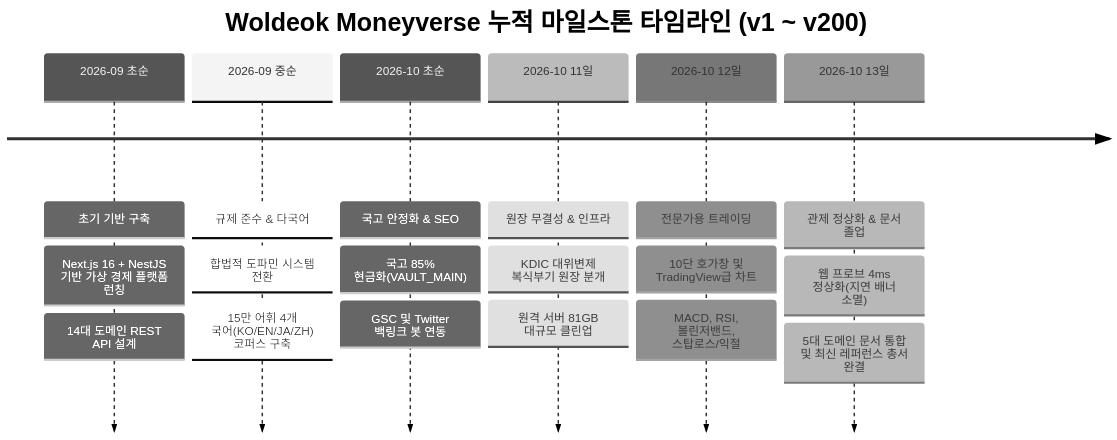
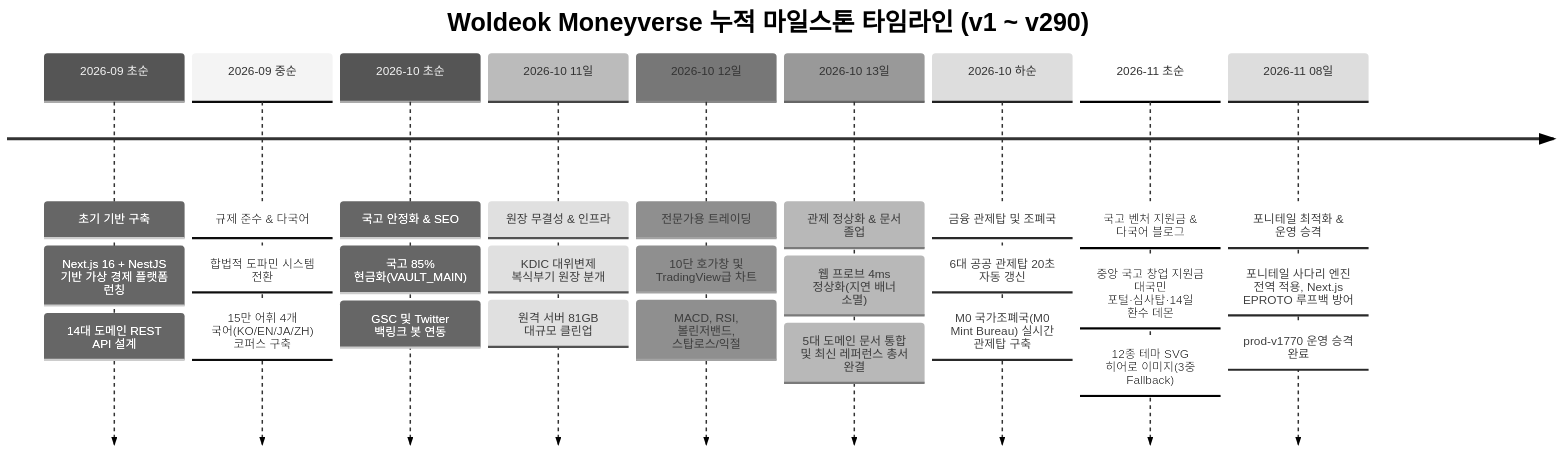
Before and after one commit to wtrdd1-hash/Woldeok-Moneyverse-Migration: the diagram in docs/DEVELOPMENT_STATUS_AND_MASTER_REFERENCE.ko.md, drawn with Mermaid (neutral theme). The commit also changed other lines of this file and 4 other files, not shown here.

````diff
--- a/docs/DEVELOPMENT_STATUS_AND_MASTER_REFERENCE.ko.md
+++ b/docs/DEVELOPMENT_STATUS_AND_MASTER_REFERENCE.ko.md
@@ -32,10 +32,13 @@
 ```mermaid
 timeline
-    title Woldeok Moneyverse 누적 마일스톤 타임라인 (v1 ~ v200)
+    title Woldeok Moneyverse 누적 마일스톤 타임라인 (v1 ~ v290)
     2026-09 초순 : 초기 기반 구축 : Next.js 16 + NestJS 기반 가상 경제 플랫폼 런칭 : 14대 도메인 REST API 설계
     2026-09 중순 : 규제 준수 & 다국어 : 합법적 도파민 시스템 전환 : 15만 어휘 4개 국어(KO/EN/JA/ZH) 코퍼스 구축
     2026-10 초순 : 국고 안정화 & SEO : 국고 85% 현금화(VAULT_MAIN) : GSC 및 Twitter 백링크 봇 연동
     2026-10 11일 : 원장 무결성 & 인프라 : KDIC 대위변제 복식부기 원장 분개 : 원격 서버 81GB 대규모 클린업
     2026-10 12일 : 전문가용 트레이딩 : 10단 호가창 및 TradingView급 차트 : MACD, RSI, 볼린저밴드, 스탑로스/익절
     2026-10 13일 : 관제 정상화 & 문서 졸업 : 웹 프로브 4ms 정상화(지연 배너 소멸) : 5대 도메인 문서 통합 및 최신 레퍼런스 총서 완결
+    2026-10 하순 : 금융 관제탑 및 조폐국 : 6대 공공 관제탑 20초 자동 갱신 : M0 국가조폐국(M0 Mint Bureau) 실시간 관제탑 구축
+    2026-11 초순 : 국고 벤처 지원금 & 다국어 블로그 : 중앙 국고 창업 지원금 대국민 포털·심사탑·14일 환수 데몬 : 12종 테마 SVG 히어로 이미지(3중 Fallback)
+    2026-11 08일 : 포니테일 최적화 & 운영 승격 : 포니테일 사다리 엔진 전역 적용, Next.js EPROTO 루프백 방어 : prod-v1770 운영 승격 완료
 ```
````
